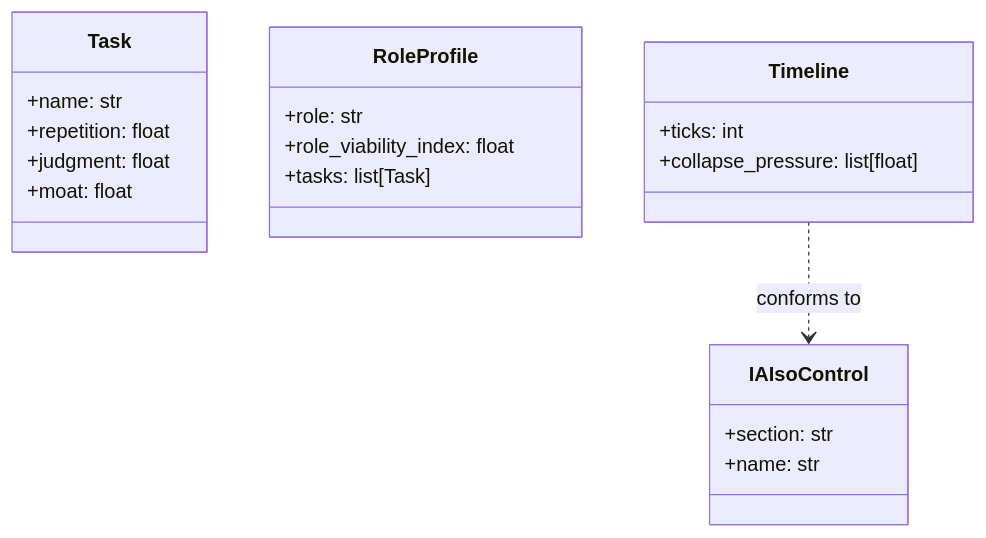
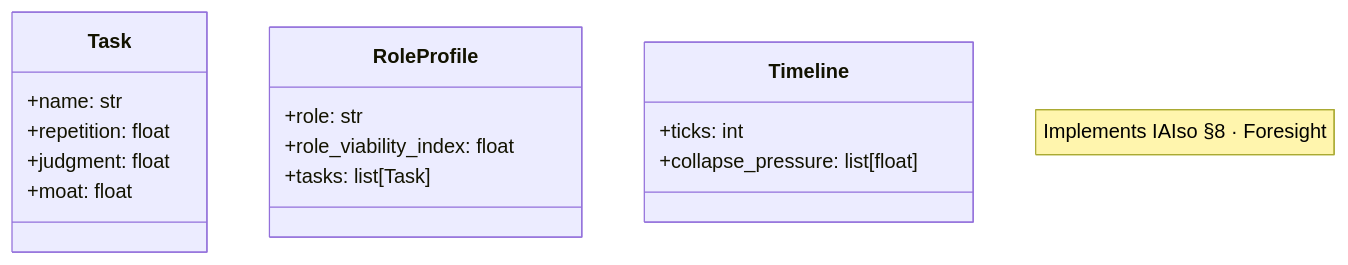
Before and after one commit to SmartTasksOrg/sf-smartsim: the first of 2 diagrams in README.md, drawn with Mermaid. The commit also changed other lines of this file and 1 other file, not shown here.

First line of the commit message:
Family list and diagrams from family.json; UML matches the code

````diff
--- a/README.md
+++ b/README.md
@@ -79,23 +79,19 @@
 ```mermaid
 classDiagram
     class Task {
       +name: str
       +repetition: float
       +judgment: float
       +moat: float
     }
     class RoleProfile {
       +role: str
       +role_viability_index: float
       +tasks: list[Task]
     }
     class Timeline {
       +ticks: int
       +collapse_pressure: list[float]
     }
-    class IAIsoControl {
-      +section: str
-      +name: str
-    }
-    Timeline ..> IAIsoControl : conforms to
+    note "Implements IAIso §8 · Foresight"
 ```
````
